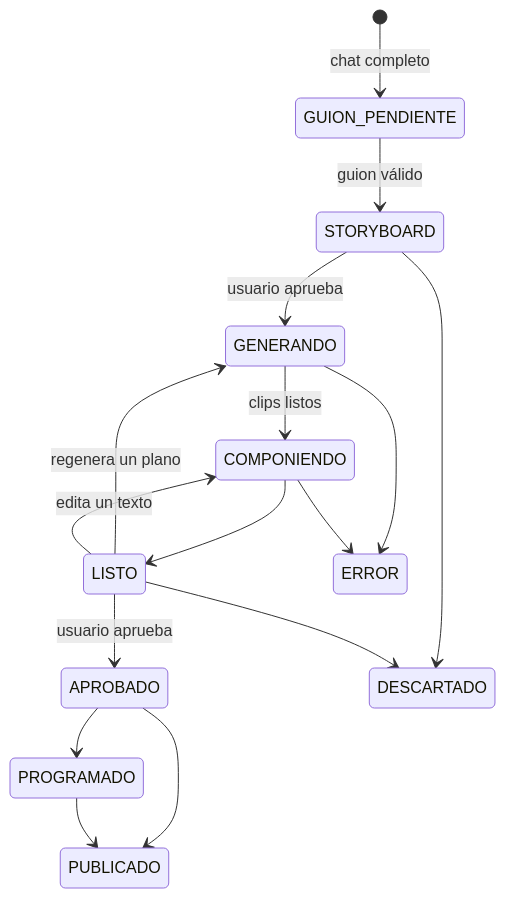
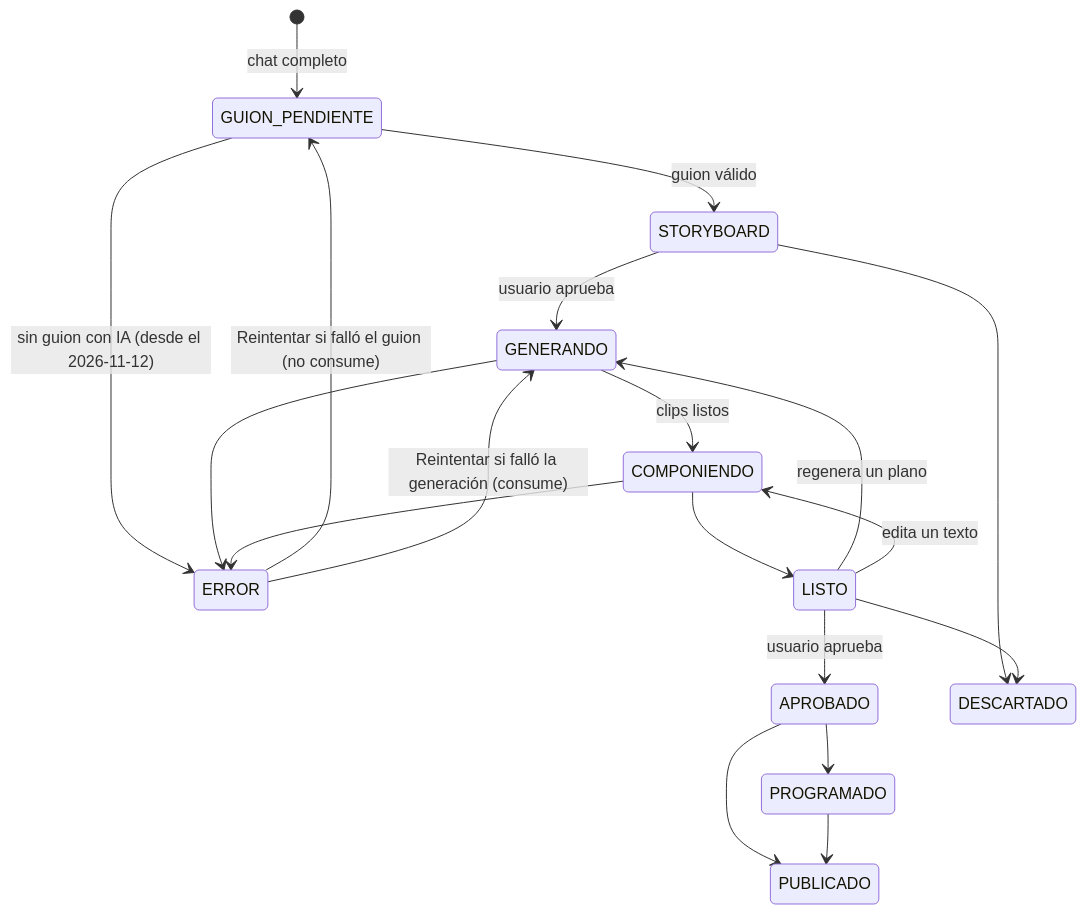
Before and after one commit to fabio2152/autoreel: the second of 2 diagrams in docs/especificacion.md, drawn with Mermaid. The commit also changed other lines of this file and 58 other files, not shown here.

First line of the commit message:
feat: calidad del video con camara 3d, guion publicitario y cierre interpretado

````diff
--- a/docs/especificacion.md
+++ b/docs/especificacion.md
@@ -408,18 +492,21 @@
 ```mermaid
 stateDiagram-v2
     [*] --> GUION_PENDIENTE : chat completo
     GUION_PENDIENTE --> STORYBOARD : guion válido
+    GUION_PENDIENTE --> ERROR : sin guion con IA (desde el 2026-11-12)
+    ERROR --> GUION_PENDIENTE : Reintentar si falló el guion (no consume)
+    ERROR --> GENERANDO : Reintentar si falló la generación (consume)
     STORYBOARD --> GENERANDO : usuario aprueba
     GENERANDO --> COMPONIENDO : clips listos
     COMPONIENDO --> LISTO
     LISTO --> GENERANDO : regenera un plano
     LISTO --> COMPONIENDO : edita un texto
     LISTO --> APROBADO : usuario aprueba
     APROBADO --> PROGRAMADO
     APROBADO --> PUBLICADO
     PROGRAMADO --> PUBLICADO
     GENERANDO --> ERROR
     COMPONIENDO --> ERROR
     STORYBOARD --> DESCARTADO
     LISTO --> DESCARTADO
 ```
````
